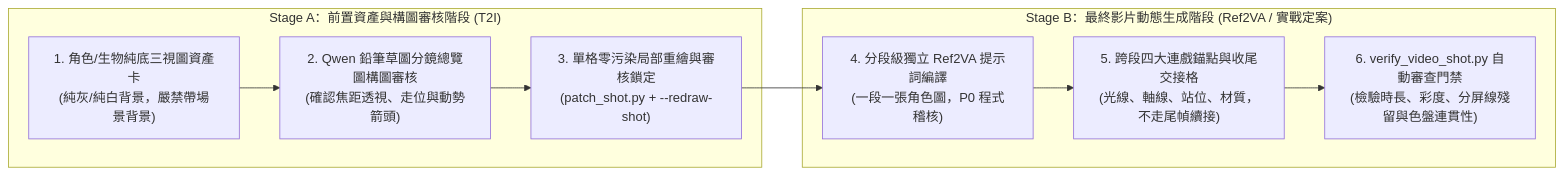
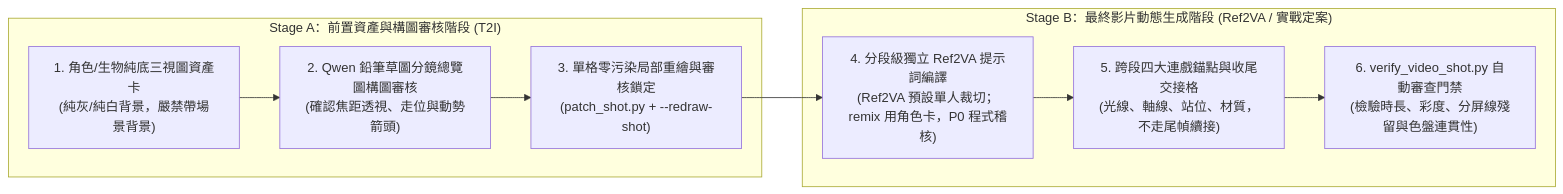
The first of 2 diagrams in references/storyboard/anime-drama-grid-and-continuity.md (ayase0307/ai-comic-drama), drawn with Mermaid before and after one commit. The commit also changed other lines of this file and 13 other files, not shown here.

````diff
--- a/references/storyboard/anime-drama-grid-and-continuity.md
+++ b/references/storyboard/anime-drama-grid-and-continuity.md
@@ -11,13 +11,13 @@
 ```mermaid
 flowchart LR
     subgraph StageA["Stage A：前置資產與構圖審核階段 (T2I)"]
         S1["1. 角色/生物純底三視圖資產卡<br/>(純灰/純白背景，嚴禁帶場景背景)"] --> S2["2. Qwen 鉛筆草圖分鏡總覽圖構圖審核<br/>(確認焦距透視、走位與動勢箭頭)"]
         S2 --> S3["3. 單格零污染局部重繪與審核鎖定<br/>(patch_shot.py + --redraw-shot)"]
     end
 
     subgraph StageB["Stage B：最終影片動態生成階段 (Ref2VA / 實戰定案)"]
-        S3 --> S4["4. 分段級獨立 Ref2VA 提示詞編譯<br/>(一段一張角色圖，P0 程式稽核)"]
+        S3 --> S4["4. 分段級獨立 Ref2VA 提示詞編譯<br/>(Ref2VA 預設單人裁切；remix 用角色卡，P0 程式稽核)"]
         S4 --> S5["5. 跨段四大連戲錨點與收尾交接格<br/>(光線、軸線、站位、材質，不走尾幀續接)"]
         S5 --> S6["6. verify_video_shot.py 自動審查門禁<br/>(檢驗時長、彩度、分屏線殘留與色盤連貫性)"]
     end
 ```
````
